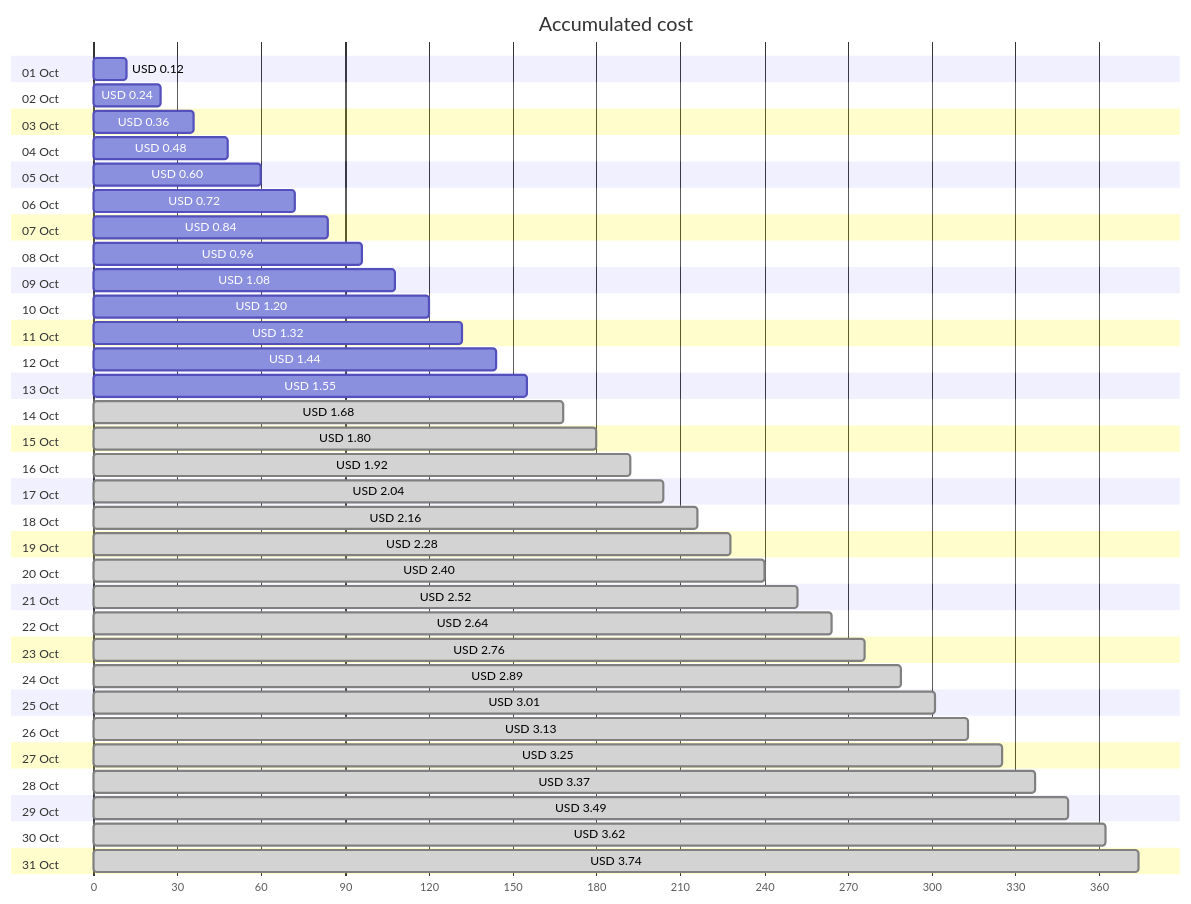
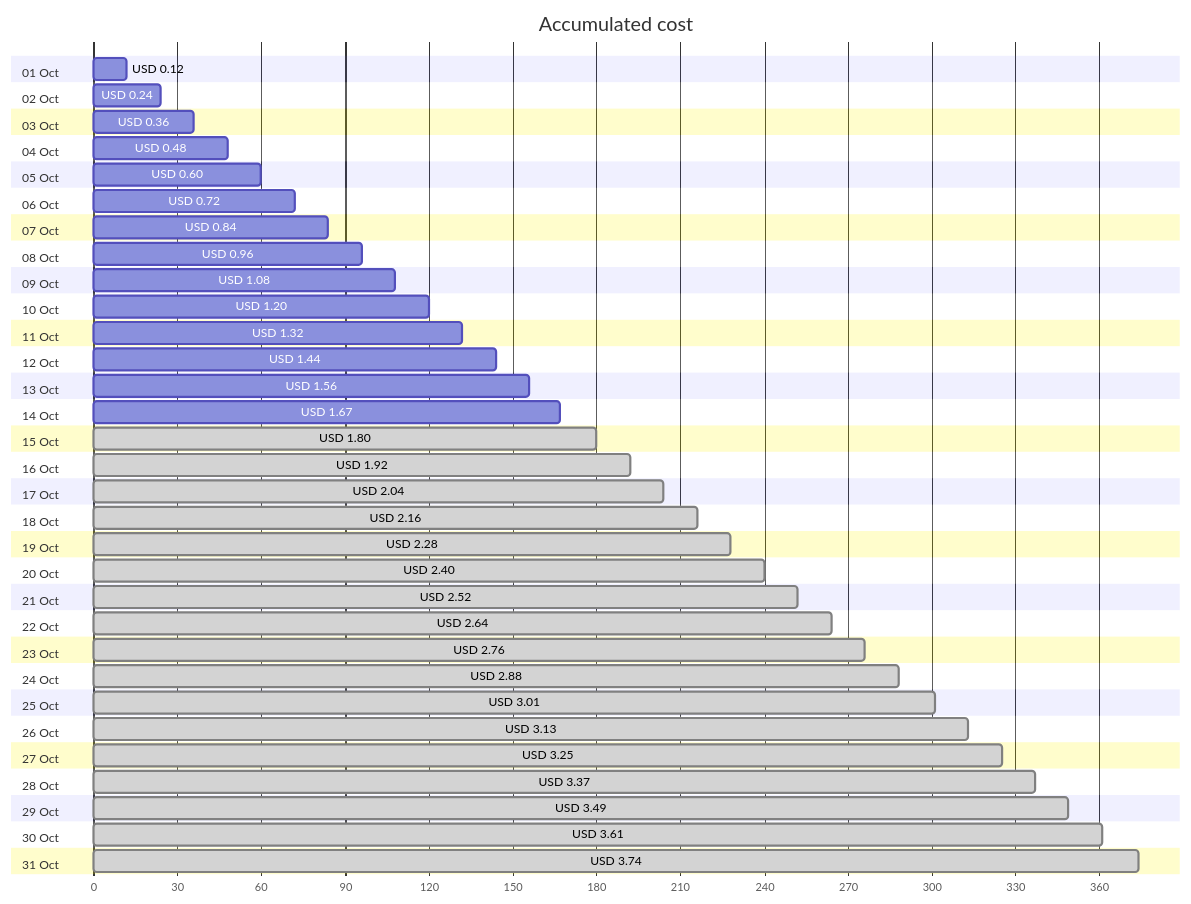
The first of 4 diagrams in cost-reports/personal-network/vpn-server-public-ip.md (jpfulton/azure-personal-reports), drawn with Mermaid before and after one commit. The commit also changed other lines of this file and 8 other files, not shown here.

````diff
--- a/cost-reports/personal-network/vpn-server-public-ip.md
+++ b/cost-reports/personal-network/vpn-server-public-ip.md
@@ -20,68 +20,68 @@
 ```mermaid
 gantt
    title Accumulated cost
    dateFormat  X
    axisFormat %s
    section 01 Oct
    USD 0.12 :0, 12
    section 02 Oct
    USD 0.24 :0, 24
    section 03 Oct
    USD 0.36 :0, 36
    section 04 Oct
    USD 0.48 :0, 48
    section 05 Oct
    USD 0.60 :0, 60
    section 06 Oct
    USD 0.72 :0, 72
    section 07 Oct
    USD 0.84 :0, 84
    section 08 Oct
    USD 0.96 :0, 96
    section 09 Oct
    USD 1.08 :0, 108
    section 10 Oct
    USD 1.20 :0, 120
    section 11 Oct
    USD 1.32 :0, 132
    section 12 Oct
    USD 1.44 :0, 144
    section 13 Oct
-   USD 1.55 :0, 155
+   USD 1.56 :0, 156
    section 14 Oct
-   USD 1.68 : done, 0, 168
+   USD 1.67 :0, 167
    section 15 Oct
    USD 1.80 : done, 0, 180
    section 16 Oct
    USD 1.92 : done, 0, 192
    section 17 Oct
    USD 2.04 : done, 0, 204
    section 18 Oct
    USD 2.16 : done, 0, 216
    section 19 Oct
    USD 2.28 : done, 0, 228
    section 20 Oct
    USD 2.40 : done, 0, 240
    section 21 Oct
    USD 2.52 : done, 0, 252
    section 22 Oct
    USD 2.64 : done, 0, 264
    section 23 Oct
    USD 2.76 : done, 0, 276
    section 24 Oct
-   USD 2.89 : done, 0, 289
+   USD 2.88 : done, 0, 288
    section 25 Oct
    USD 3.01 : done, 0, 301
    section 26 Oct
    USD 3.13 : done, 0, 313
    section 27 Oct
    USD 3.25 : done, 0, 325
    section 28 Oct
    USD 3.37 : done, 0, 337
    section 29 Oct
    USD 3.49 : done, 0, 349
    section 30 Oct
-   USD 3.62 : done, 0, 362
+   USD 3.61 : done, 0, 361
    section 31 Oct
    USD 3.74 : done, 0, 374
 ```
````
